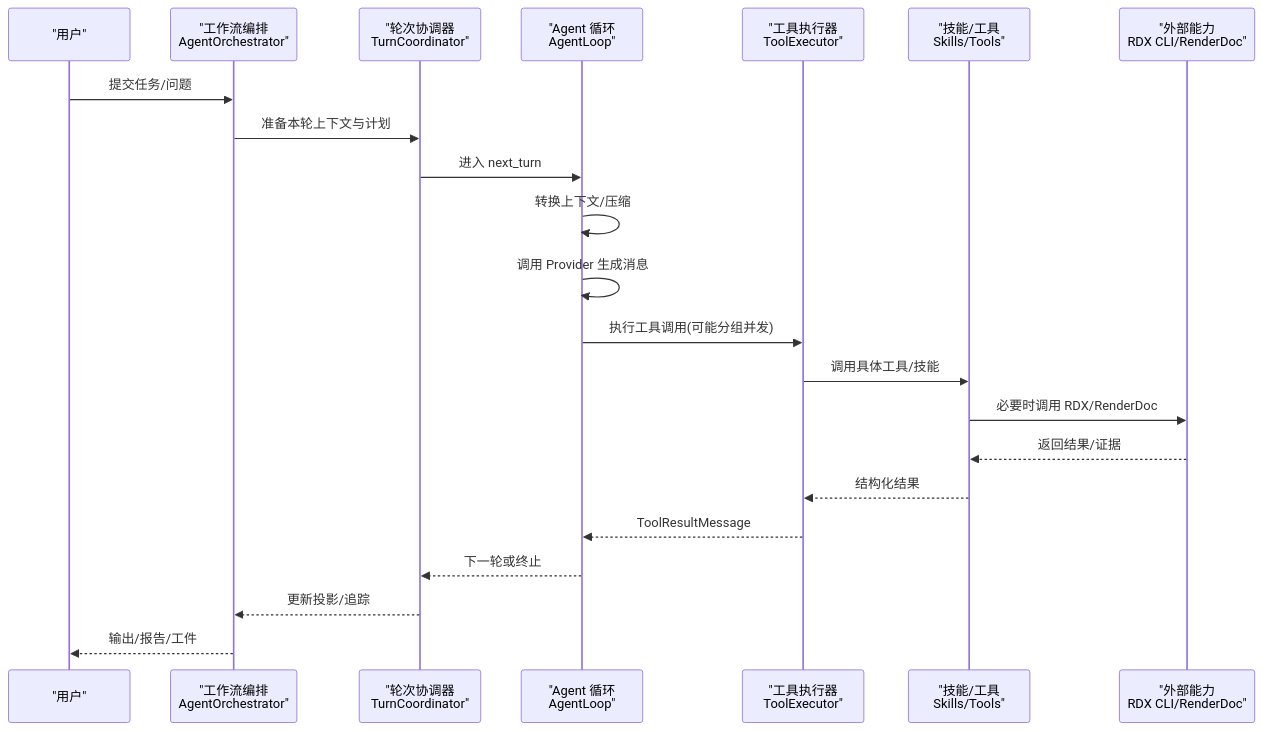
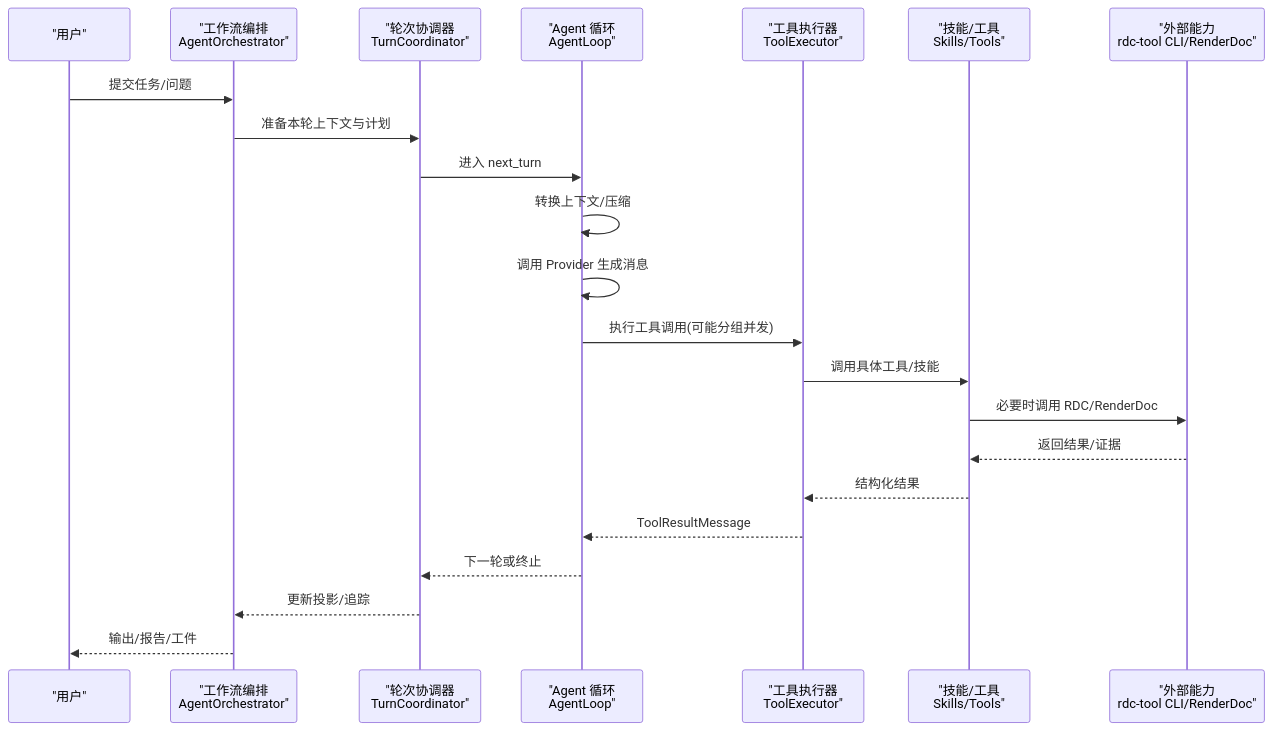
One commit to haolange/RDC-Agent changed the second of 6 diagrams in .qoder/repowiki/zh/content/扩展开发/自定义 Agent 开发/Agent 开发示例.md. Above: the diagram before and after it, drawn with Mermaid. The commit also changed other lines of this file and 557 other files, not shown here.

First line of the commit message:
Unify RDC-Agent identity and canonical RDC-Tool integration

````diff
--- a/.qoder/repowiki/zh/content/扩展开发/自定义 Agent 开发/Agent 开发示例.md
+++ b/.qoder/repowiki/zh/content/扩展开发/自定义 Agent 开发/Agent 开发示例.md
@@ -88,24 +88,24 @@
 ```mermaid
 sequenceDiagram
 participant U as "用户"
 participant W as "工作流编排<br/>AgentOrchestrator"
 participant T as "轮次协调器<br/>TurnCoordinator"
 participant L as "Agent 循环<br/>AgentLoop"
 participant X as "工具执行器<br/>ToolExecutor"
 participant S as "技能/工具<br/>Skills/Tools"
-participant R as "外部能力<br/>RDX CLI/RenderDoc"
+participant R as "外部能力<br/>rdc-tool CLI/RenderDoc"
 U->>W : 提交任务/问题
 W->>T : 准备本轮上下文与计划
 T->>L : 进入 next_turn
 L->>L : 转换上下文/压缩
 L->>L : 调用 Provider 生成消息
 L->>X : 执行工具调用(可能分组并发)
 X->>S : 调用具体工具/技能
-S->>R : 必要时调用 RDX/RenderDoc
+S->>R : 必要时调用 RDC/RenderDoc
 R-->>S : 返回结果/证据
 S-->>X : 结构化结果
 X-->>L : ToolResultMessage
 L-->>T : 下一轮或终止
 T-->>W : 更新投影/追踪
 W-->>U : 输出/报告/工件
 ```
````
